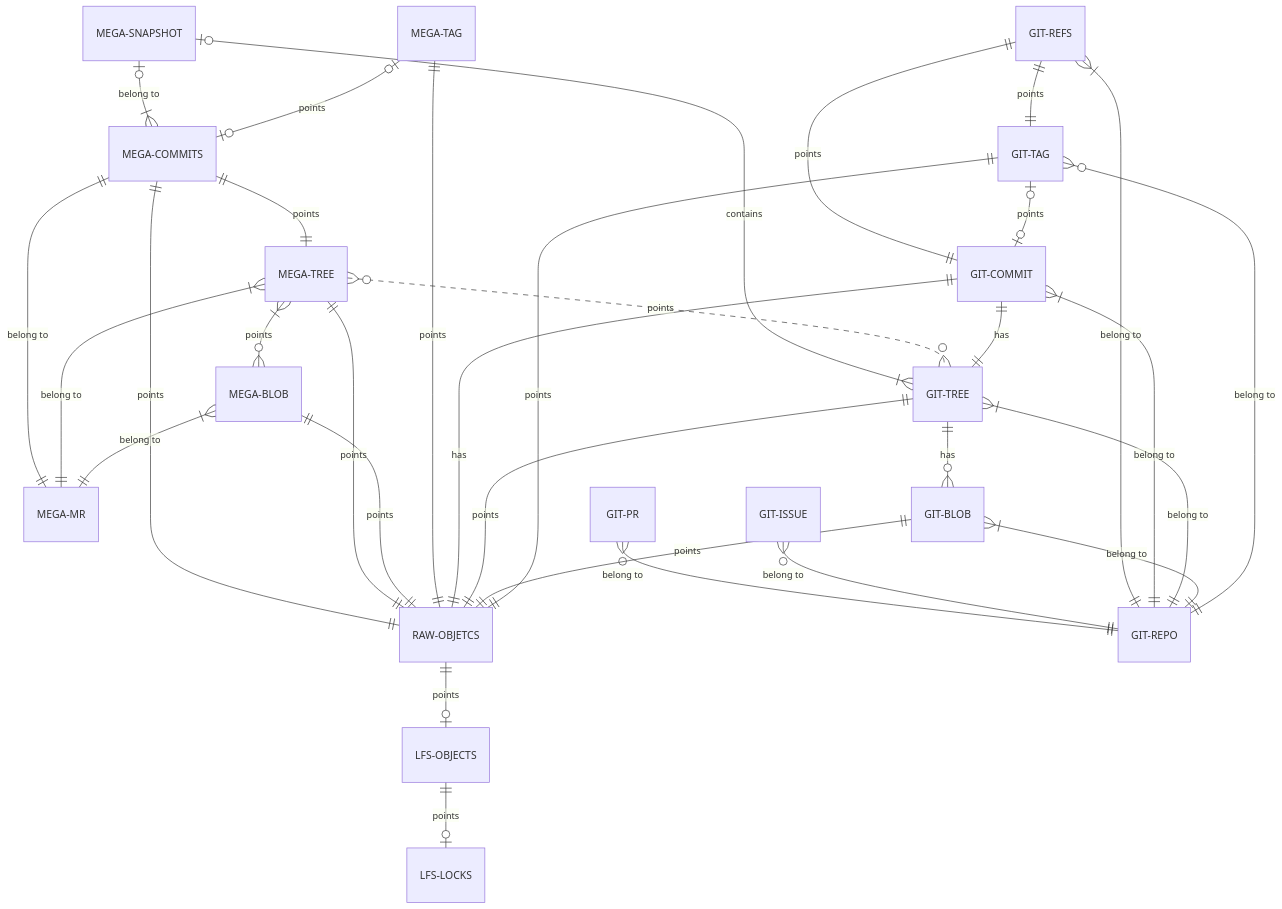
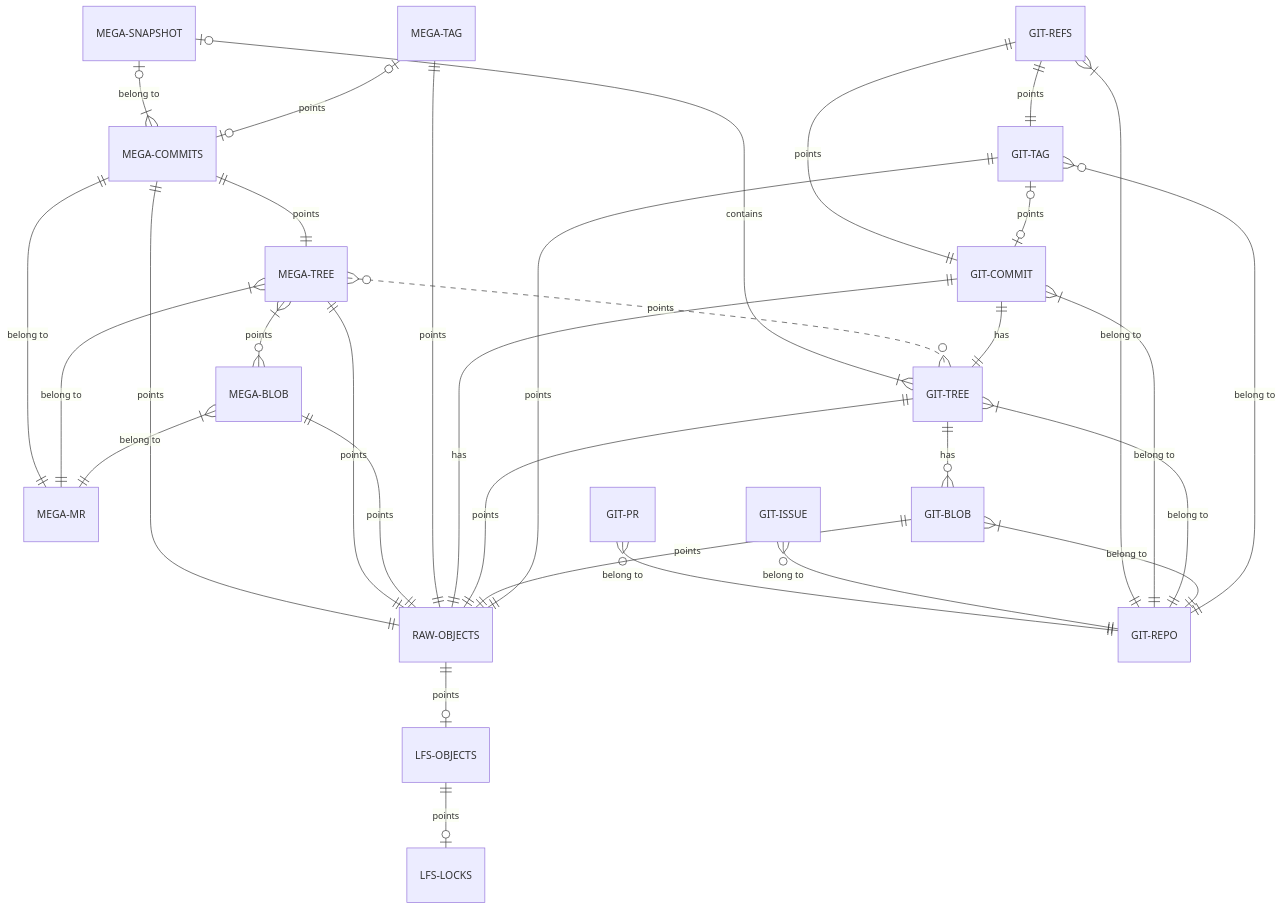
Before and after one commit to web3infra-foundation/mega: the diagram in docs/database.md, drawn with Mermaid. The commit also changed other lines of this file and 4 other files, not shown here.

````diff
--- a/docs/database.md
+++ b/docs/database.md
@@ -63,36 +65,36 @@
 ```mermaid
 erDiagram
     
     MEGA-SNAPSHOT |o--|{ MEGA-COMMITS : "belong to"
     MEGA-SNAPSHOT |o--|{ GIT-TREE : contains
     MEGA-COMMITS ||--|| MEGA-TREE : points
-    MEGA-COMMITS ||--|| RAW-OBJETCS : points
+    MEGA-COMMITS ||--|| RAW-OBJECTS : points
     MEGA-COMMITS ||--|| MEGA-MR : "belong to"
     MEGA-TREE }|--o{ MEGA-BLOB : points
-    MEGA-TREE ||--|| RAW-OBJETCS : points
+    MEGA-TREE ||--|| RAW-OBJECTS : points
     MEGA-TREE }|--|| MEGA-MR : "belong to"
     MEGA-TREE }o..o{ GIT-TREE : points
-    MEGA-BLOB ||--|| RAW-OBJETCS : points
+    MEGA-BLOB ||--|| RAW-OBJECTS : points
     MEGA-BLOB }|--|| MEGA-MR : "belong to"
     MEGA-TAG |o--o| MEGA-COMMITS : points
-    MEGA-TAG ||--|| RAW-OBJETCS : points
-    RAW-OBJETCS ||--o| LFS-OBJECTS : points
+    MEGA-TAG ||--|| RAW-OBJECTS : points
+    RAW-OBJECTS ||--o| LFS-OBJECTS : points
     LFS-OBJECTS ||--o| LFS-LOCKS : points
     GIT-PR }o--|| GIT-REPO : "belong to"
     GIT-ISSUE }o--|| GIT-REPO : "belong to"
     GIT-REFS ||--|| GIT-COMMIT : points
     GIT-REFS ||--|| GIT-TAG : points
     GIT-REFS }|--|| GIT-REPO : "belong to"
     GIT-COMMIT ||--|| GIT-TREE : has
-    GIT-COMMIT ||--|| RAW-OBJETCS : has
+    GIT-COMMIT ||--|| RAW-OBJECTS : has
     GIT-COMMIT }|--|| GIT-REPO : "belong to"
     GIT-TREE ||--o{ GIT-BLOB : has
-    GIT-TREE ||--|| RAW-OBJETCS : points
+    GIT-TREE ||--|| RAW-OBJECTS : points
     GIT-TREE }|--|| GIT-REPO : "belong to"
-    GIT-BLOB ||--|| RAW-OBJETCS : points
+    GIT-BLOB ||--|| RAW-OBJECTS : points
     GIT-BLOB }|--|| GIT-REPO : "belong to"
     GIT-TAG }o--|| GIT-REPO : "belong to"
     GIT-TAG |o--o| GIT-COMMIT : points
-    GIT-TAG ||--|| RAW-OBJETCS : points
+    GIT-TAG ||--|| RAW-OBJECTS : points
 
 ```
````
